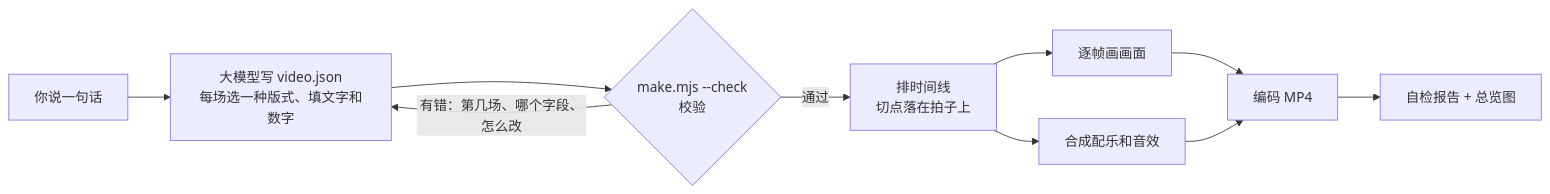
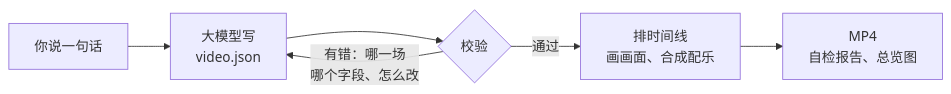
One commit to li2092/one-prompt-video changed the diagram in README.md. Above: the diagram before and after it, drawn with Mermaid. The commit also changed other lines of this file and 1 other file, not shown here.

Commit message:
docs: simplify the flow diagram so it stays readable on GitHub; step labels become headings

````diff
--- a/README.md
+++ b/README.md
@@ -62,12 +62,8 @@
 ```mermaid
 flowchart LR
-    A["你说一句话"] --> B["大模型写 video.json<br/>每场选一种版式、填文字和数字"]
-    B --> C{"make.mjs --check<br/>校验"}
-    C -- "有错：第几场、哪个字段、怎么改" --> B
-    C -- 通过 --> D["排时间线<br/>切点落在拍子上"]
-    D --> E["逐帧画画面"]
-    D --> F["合成配乐和音效"]
-    E --> G["编码 MP4"]
-    F --> G
-    G --> H["自检报告 + 总览图"]
+    A["你说一句话"] --> B["大模型写<br/>video.json"]
+    B --> C{"校验"}
+    C -- "有错：哪一场<br/>哪个字段、怎么改" --> B
+    C -- 通过 --> D["排时间线<br/>画画面、合成配乐"]
+    D --> E["MP4<br/>自检报告、总览图"]
 ```
````
